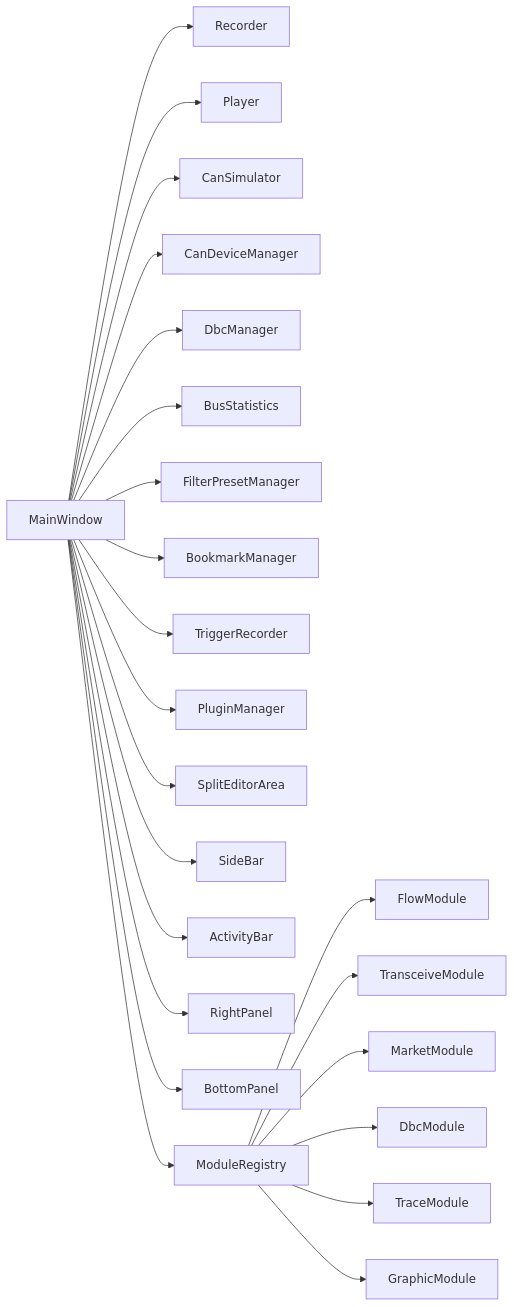
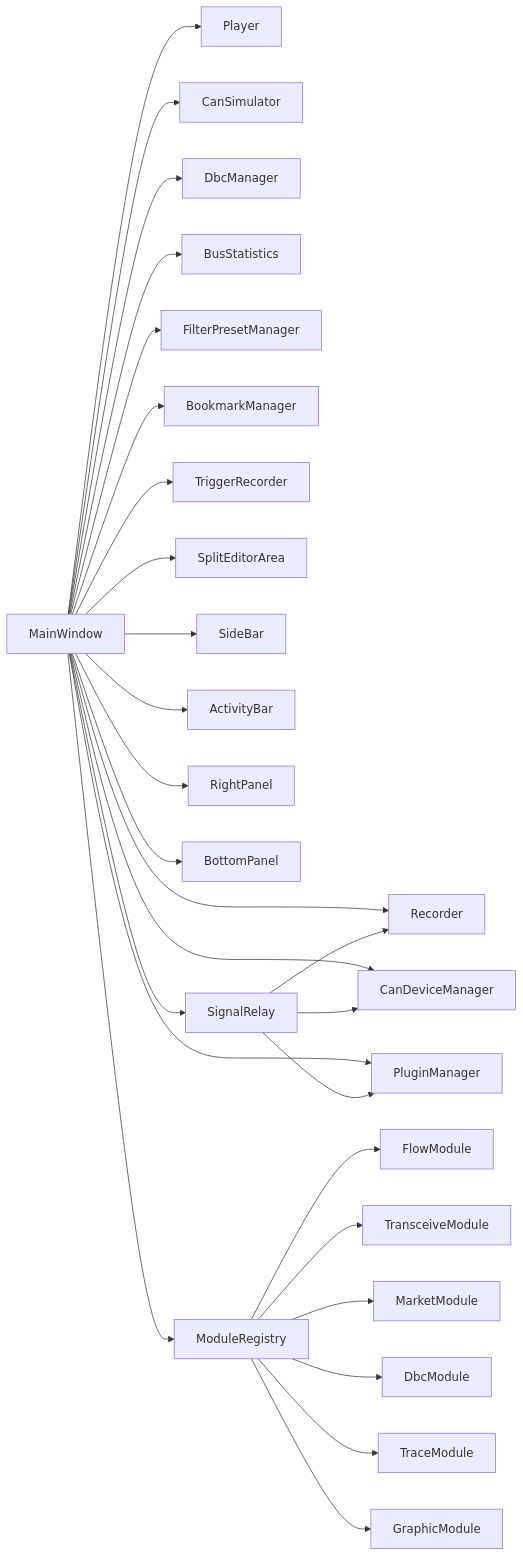
The tenth of 10 diagrams in .qoder/repowiki/zh/content/架构设计/主窗口组件架构.md (jakecai1225-design/OpenBus), drawn with Mermaid before and after one commit. The commit also changed other lines of this file and 15 other files, not shown here.

Commit message:
trace graphic优化

````diff
--- a/.qoder/repowiki/zh/content/架构设计/主窗口组件架构.md
+++ b/.qoder/repowiki/zh/content/架构设计/主窗口组件架构.md
@@ -429,25 +518,29 @@
 ```mermaid
 graph LR
 MW["MainWindow"] --> R["Recorder"]
 MW --> P["Player"]
 MW --> S["CanSimulator"]
 MW --> DM["CanDeviceManager"]
 MW --> DBM["DbcManager"]
 MW --> BS["BusStatistics"]
 MW --> FPM["FilterPresetManager"]
 MW --> BM["BookmarkManager"]
 MW --> TR["TriggerRecorder"]
 MW --> PM["PluginManager"]
 MW --> EA["SplitEditorArea"]
 MW --> SB["SideBar"]
 MW --> AB["ActivityBar"]
 MW --> RP["RightPanel"]
 MW --> BP["BottomPanel"]
 MW --> MR["ModuleRegistry"]
+MW --> SR["SignalRelay"]
 MR --> FM["FlowModule"]
 MR --> TM["TransceiveModule"]
 MR --> MM["MarketModule"]
 MR --> DBCM["DbcModule"]
 MR --> TCM["TraceModule"]
 MR --> GM["GraphicModule"]
+SR --> DM
+SR --> PM
+SR --> R
 ```
````
